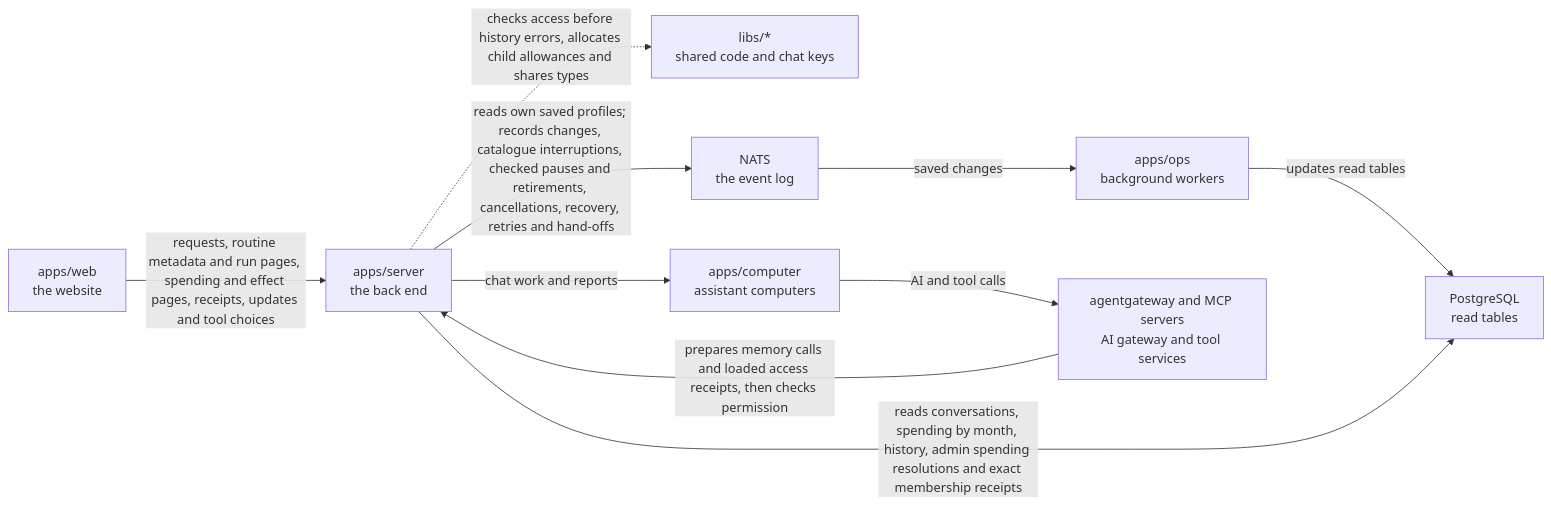
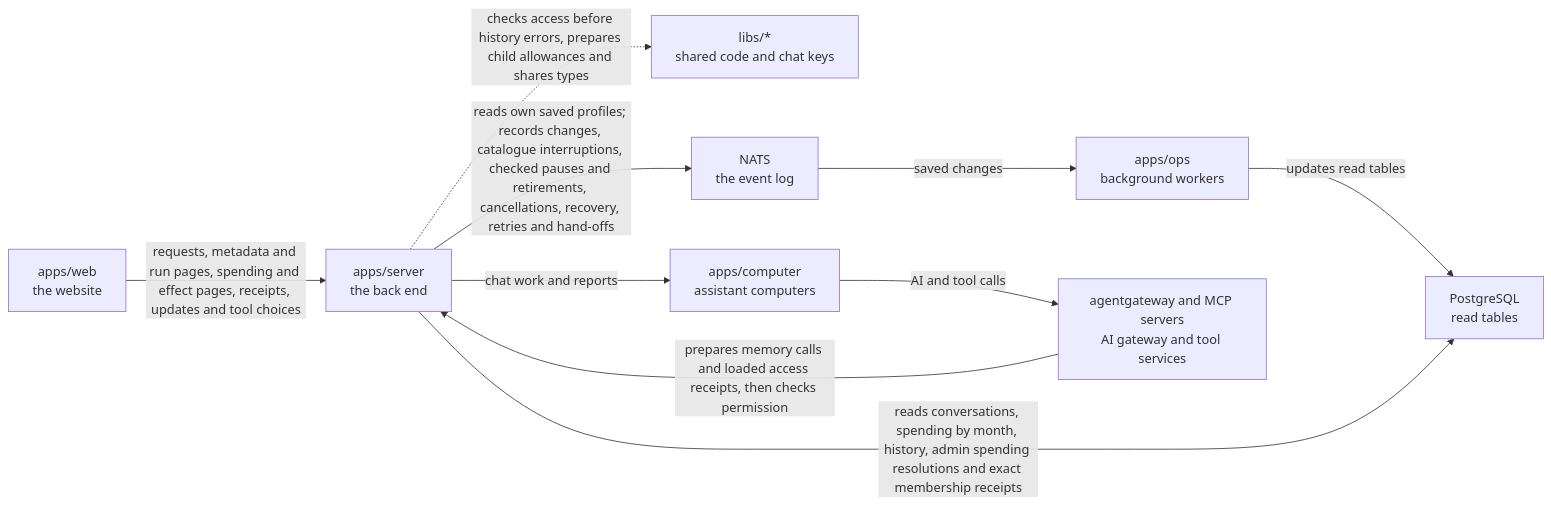
The diagram in apps/server/README.md (elewa-git/opencrane-new), drawn with Mermaid before and after one commit. The commit also changed other lines of this file and 5 other files, not shown here.

Commit message:
🔒 Prepare child allowances from saved execution choices

````diff
--- a/apps/server/README.md
+++ b/apps/server/README.md
@@ -57,12 +57,12 @@
 ```mermaid
 flowchart LR
-  web["apps/web<br/>the website"] -->|requests, routine metadata and run pages, spending and effect pages, receipts, updates and tool choices| server["apps/server<br/>the back end"]
-  server -.->|checks access before history errors, allocates child allowances and shares types| libs["libs/*<br/>shared code and chat keys"]
+  web["apps/web<br/>the website"] -->|requests, metadata and run pages, spending and effect pages, receipts, updates and tool choices| server["apps/server<br/>the back end"]
+  server -.->|checks access before history errors, prepares child allowances and shares types| libs["libs/*<br/>shared code and chat keys"]
   server -->|reads own saved profiles; records changes, catalogue interruptions, checked pauses and retirements, cancellations, recovery, retries and hand-offs| nats["NATS<br/>the event log"]
   nats -->|saved changes| ops["apps/ops<br/>background workers"]
   ops -->|updates read tables| postgres["PostgreSQL<br/>read tables"]
   server -->|reads conversations, spending by month, history, admin spending resolutions and exact membership receipts| postgres
   server -->|chat work and reports| computer["apps/computer<br/>assistant computers"]
   computer -->|AI and tool calls| runtime["agentgateway and MCP servers<br/>AI gateway and tool services"]
   runtime -->|prepares memory calls and loaded access receipts, then checks permission| server
 ```
````
